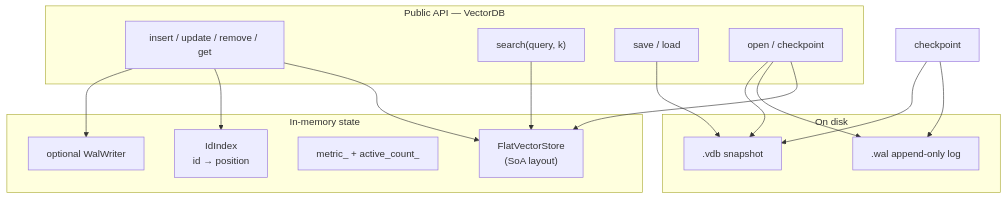
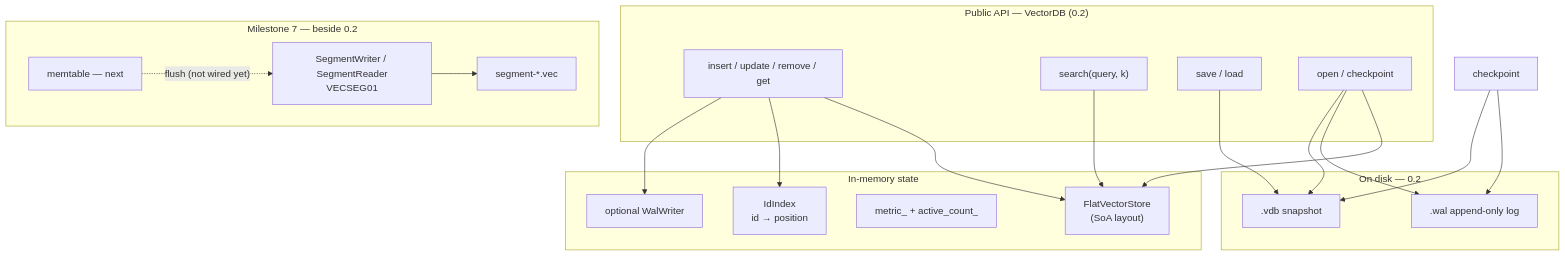
The third of 6 diagrams in README.md (Kumario1/vectorDB), drawn with Mermaid before and after one commit. The commit also changed other lines of this file and 2 other files, not shown here.

First line of the commit message:
bench: compare full .vdb checkpoint vs segment flush I/O

````diff
--- a/README.md
+++ b/README.md
@@ -49,32 +56,40 @@
 ```mermaid
 flowchart TB
-  subgraph API["Public API — VectorDB"]
+  subgraph API["Public API — VectorDB (0.2)"]
     insert["insert / update / remove / get"]
     search["search(query, k)"]
     save["save / load"]
     open["open / checkpoint"]
   end
 
   subgraph Memory["In-memory state"]
     store["FlatVectorStore\n(SoA layout)"]
     index["IdIndex\nid → position"]
     meta["metric_ + active_count_"]
     walptr["optional WalWriter"]
   end
 
-  subgraph Disk["On disk"]
+  subgraph Disk["On disk — 0.2"]
     snap[".vdb snapshot"]
     wallog[".wal append-only log"]
+  end
+
+  subgraph M7["Milestone 7 — beside 0.2"]
+    seglib["SegmentWriter / SegmentReader\nVECSEG01"]
+    segfile["segment-*.vec"]
+    mt["memtable — next"]
   end
 
   insert --> walptr
   insert --> index
   insert --> store
   search --> store
   save --> snap
   open --> snap
   open --> wallog
   open --> store
   checkpoint --> snap
   checkpoint --> wallog
+  seglib --> segfile
+  mt -.->|"flush (not wired yet)"| seglib
 ```
````
